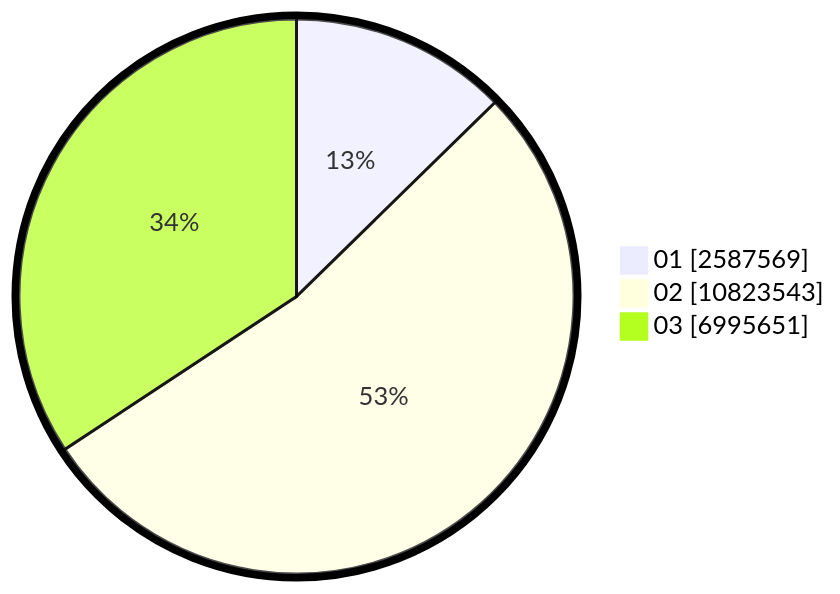
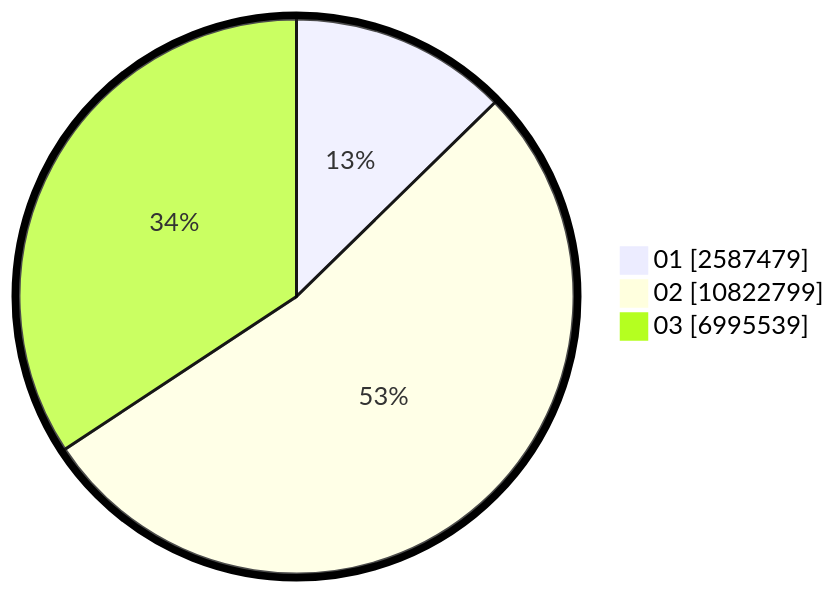
One commit to gigit-pemilu/pemilu-2024 changed the second of 2 diagrams in pilpres/hitung-suara/sub/table-wilayah-33.md. Above: the diagram before and after it, drawn with Mermaid. The commit also changed other lines of this file and 10 other files, not shown here.

````diff
--- a/pilpres/hitung-suara/sub/table-wilayah-33.md
+++ b/pilpres/hitung-suara/sub/table-wilayah-33.md
@@ -15,7 +15,7 @@
 ```mermaid
 %%{init: {"pie": {"textPosition": 0.5}, "themeVariables": {"pieOuterStrokeWidth": "5px"}} }%%
 pie showData
-    "01" : 2587569
-    "02" : 10823543
-    "03" : 6995651
+    "01" : 2587479
+    "02" : 10822799
+    "03" : 6995539
 ```
````
